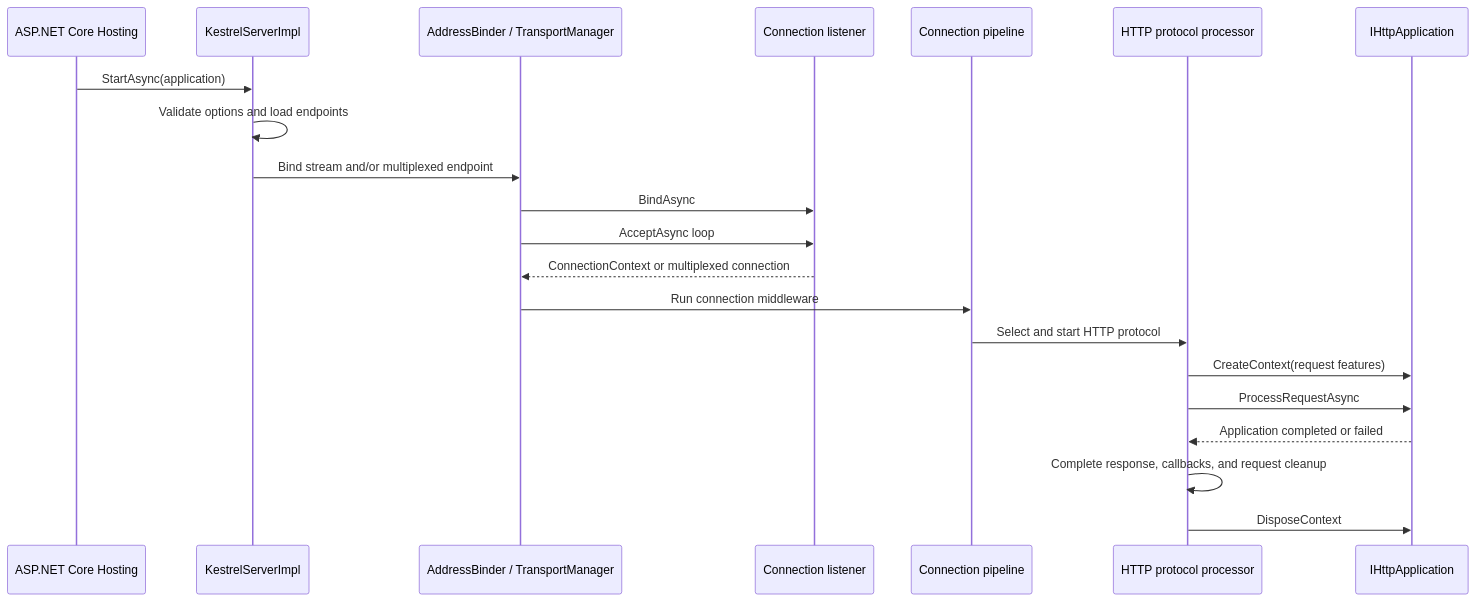
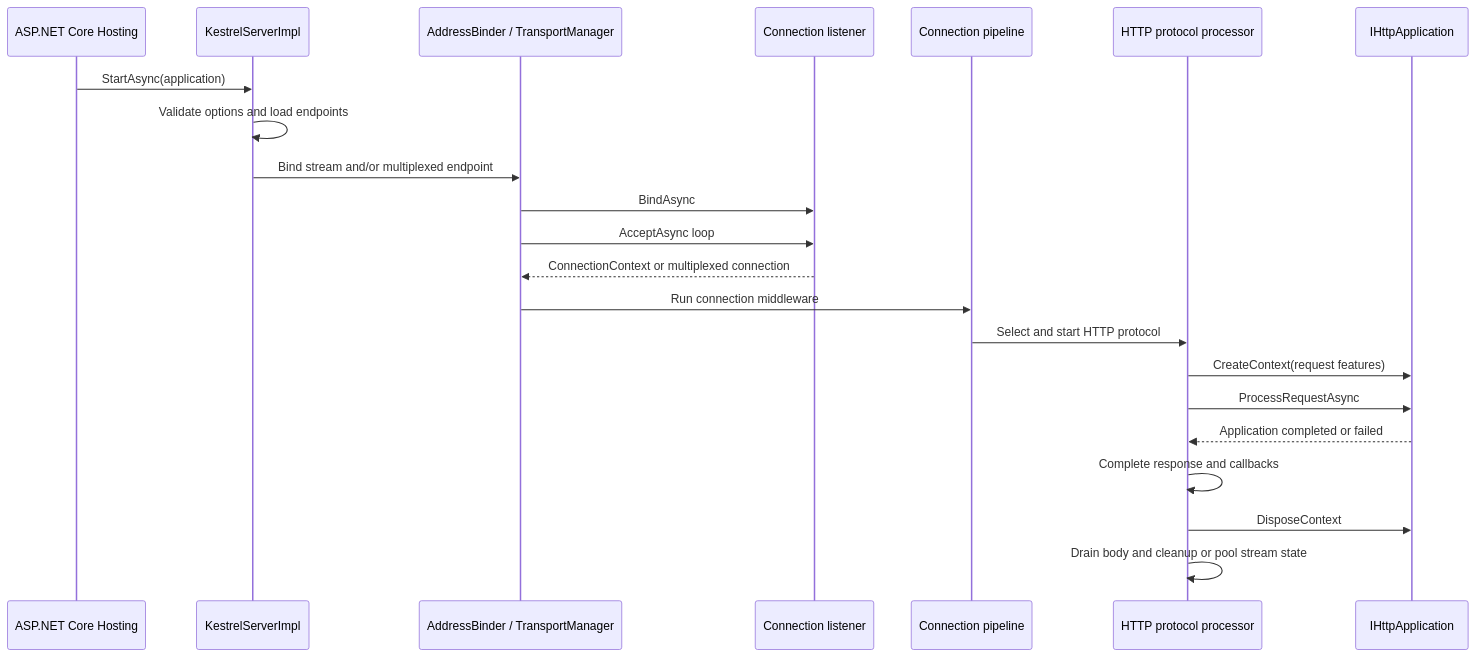
The second of 2 diagrams in src/Servers/Kestrel/ARCHITECTURE.md (dotnet/aspnetcore), drawn with Mermaid before and after one commit. The commit also changed other lines of this file, not shown here.

Commit message:
Address review feedback on Kestrel architecture doc

````diff
--- a/src/Servers/Kestrel/ARCHITECTURE.md
+++ b/src/Servers/Kestrel/ARCHITECTURE.md
@@ -127,24 +129,25 @@
 ```mermaid
 sequenceDiagram
     participant Host as ASP.NET Core Hosting
     participant Server as KestrelServerImpl
     participant Binder as AddressBinder / TransportManager
     participant Listener as Connection listener
     participant Pipeline as Connection pipeline
     participant Protocol as HTTP protocol processor
     participant App as IHttpApplication
 
     Host->>Server: StartAsync(application)
     Server->>Server: Validate options and load endpoints
     Server->>Binder: Bind stream and/or multiplexed endpoint
     Binder->>Listener: BindAsync
     Binder->>Listener: AcceptAsync loop
     Listener-->>Binder: ConnectionContext or multiplexed connection
     Binder->>Pipeline: Run connection middleware
     Pipeline->>Protocol: Select and start HTTP protocol
     Protocol->>App: CreateContext(request features)
     Protocol->>App: ProcessRequestAsync
     App-->>Protocol: Application completed or failed
-    Protocol->>Protocol: Complete response, callbacks, and request cleanup
+    Protocol->>Protocol: Complete response and callbacks
     Protocol->>App: DisposeContext
+    Protocol->>Protocol: Drain body and cleanup or pool stream state
 ```
````
